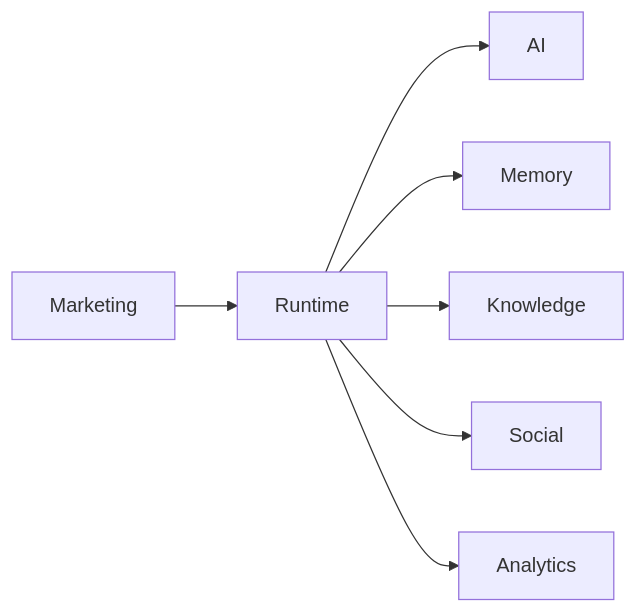
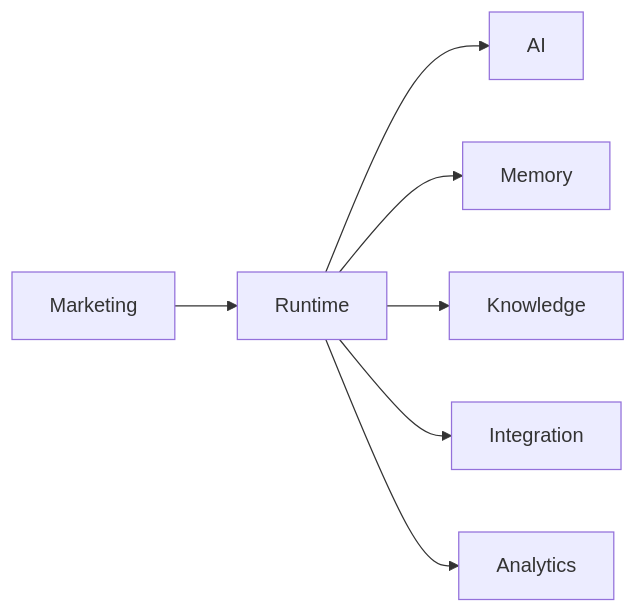
The seventh of 8 diagrams in docs/03_DOMAIN_MODEL.md (Buicongbang04/Social_OS), drawn with Mermaid before and after one commit. The commit also changed other lines of this file and 55 other files, not shown here.

````diff
--- a/docs/03_DOMAIN_MODEL.md
+++ b/docs/03_DOMAIN_MODEL.md
@@ -552,9 +554,9 @@
 ```mermaid
 flowchart LR
     Marketing["Marketing"] --> Runtime
     Runtime["Runtime"] --> AI
     Runtime["Runtime"] --> Memory
     Runtime["Runtime"] --> Knowledge
-    Runtime["Runtime"] --> Social
+    Runtime["Runtime"] --> Integration
     Runtime["Runtime"] --> Analytics
 ```
````
